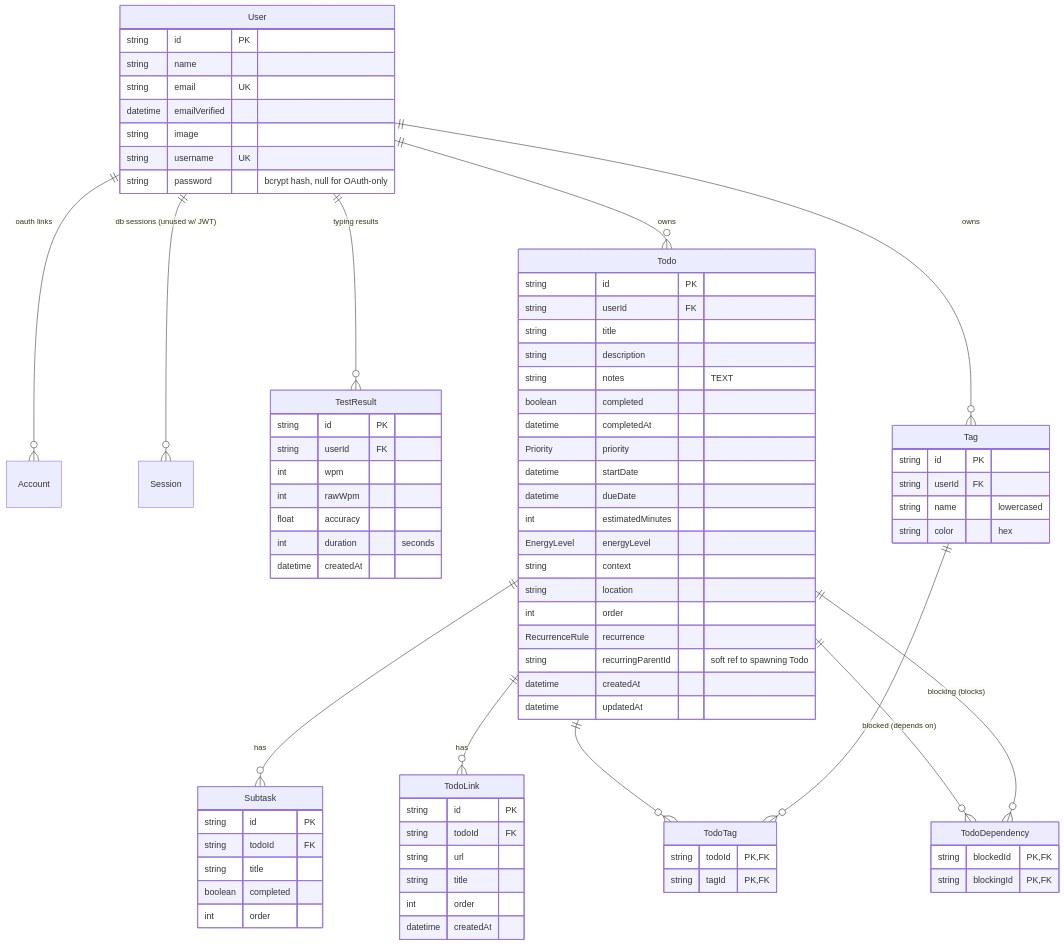
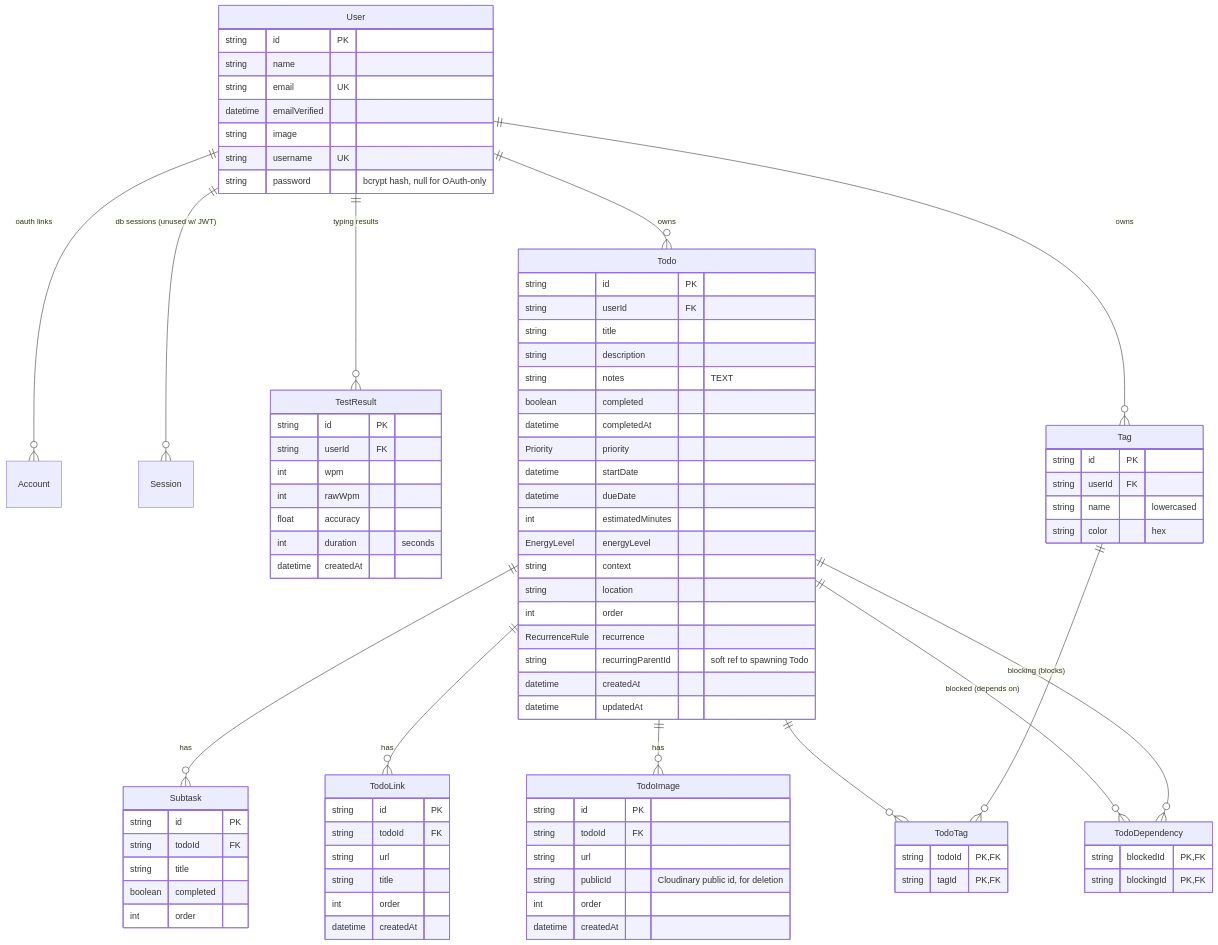
The diagram in docs/data-model.md (Luff-Org/luff-everyday), drawn with Mermaid before and after one commit. The commit also changed other lines of this file and 31 other files, not shown here.

Commit message:
feat: implement todo image attachments with persistent storage, upload validation, and UI management components

```diff
--- a/docs/data-model.md
+++ b/docs/data-model.md
@@ -17,6 +17,7 @@
     User ||--o{ Tag : "owns"
     Todo ||--o{ Subtask : "has"
     Todo ||--o{ TodoLink : "has"
+    Todo ||--o{ TodoImage : "has"
     Todo ||--o{ TodoTag : ""
     Tag  ||--o{ TodoTag : ""
     Todo ||--o{ TodoDependency : "blocked (depends on)"
@@ -67,6 +68,14 @@
         int order
         datetime createdAt
     }
+    TodoImage {
+        string id PK
+        string todoId FK
+        string url
+        string publicId "Cloudinary public id, for deletion"
+        int order
+        datetime createdAt
+    }
     TodoDependency {
         string blockedId PK,FK
         string blockingId PK,FK
```
